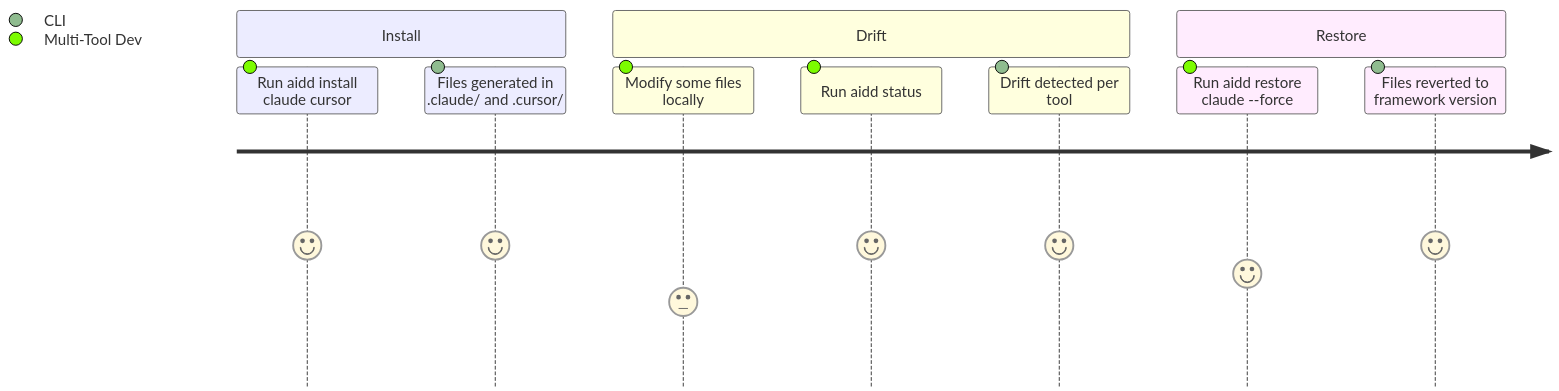
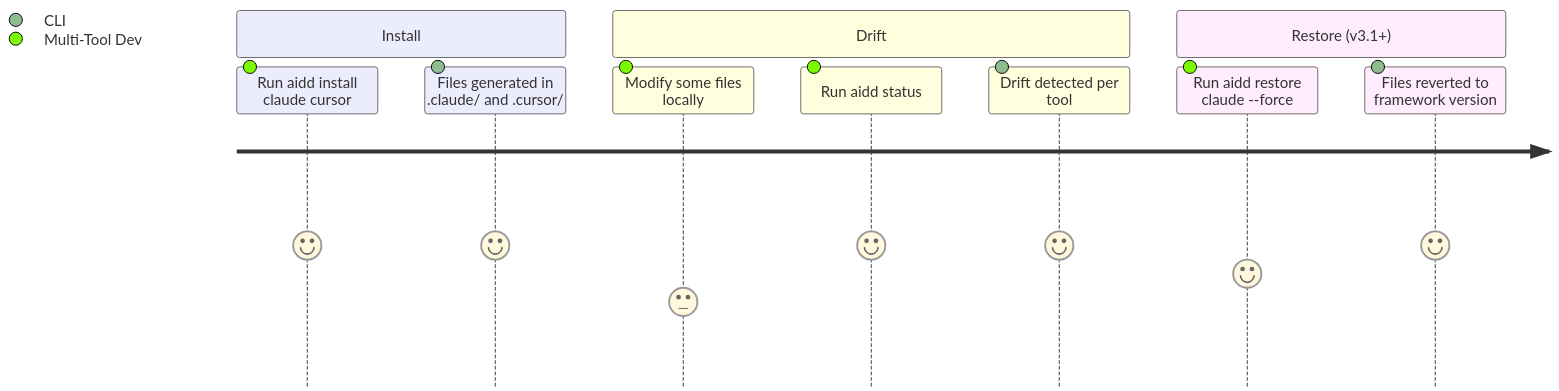
Before and after one commit to ai-driven-dev/framework: the diagram in aidd_docs/memory/project_brief.md, drawn with Mermaid. The commit also changed other lines of this file and 5 other files, not shown here.

Commit message:
docs(memory): update architecture, testing, codebase map, and project docs

````diff
--- a/aidd_docs/memory/project_brief.md
+++ b/aidd_docs/memory/project_brief.md
@@ -59,13 +86,13 @@
 ```mermaid
 journey
     section Install
       Run aidd install claude cursor: 5: Multi-Tool Dev
       Files generated in .claude/ and .cursor/: 5: CLI
     section Drift
       Modify some files locally: 3: Multi-Tool Dev
       Run aidd status: 5: Multi-Tool Dev
       Drift detected per tool: 5: CLI
-    section Restore
+    section Restore (v3.1+)
       Run aidd restore claude --force: 4: Multi-Tool Dev
       Files reverted to framework version: 5: CLI
 ```
````
